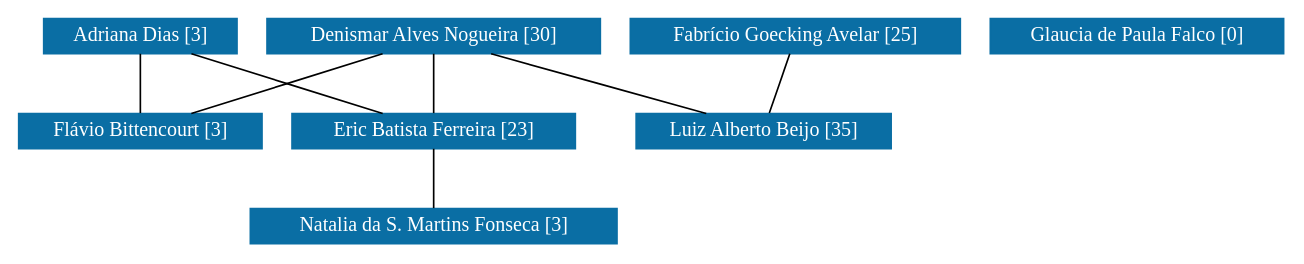
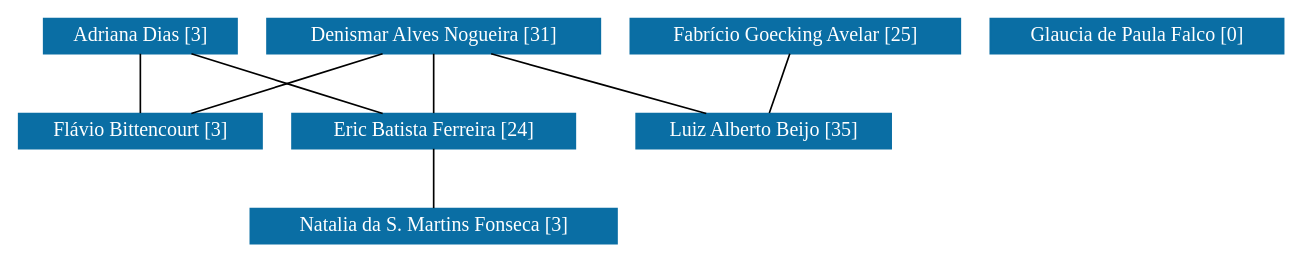
The diagram in de/grafoDeColaboracoesSemPesos.dot (icamps/unifal-lattes.github.io), drawn with Graphviz before and after one commit. The commit also changed 720 other files, not shown here.

```diff
--- a/de/grafoDeColaboracoesSemPesos.dot
+++ b/de/grafoDeColaboracoesSemPesos.dot
@@ -1,74 +1,74 @@
 strict graph grafo1 {
 	graph [bb="0,0,625.5,135",
 		id=grafo1,
 		overlap=False
 	];
 	node [fontsize=12,
 		label="\N",
 		shape=rectangle,
 		style=filled
 	];
 	0	 [URL="membro-9808310940421979.html",
 		color="#0A6EA4",
 		fontcolor="#FFFFFF",
 		height=0.29167,
 		label="Adriana Dias [3]",
 		pos="59.5,124.5",
 		width=1.3333];
 	2	 [URL="membro-9965398009651936.html",
 		color="#0A6EA4",
 		fontcolor="#FFFFFF",
 		height=0.29167,
-		label="Eric Batista Ferreira [23]",
+		label="Eric Batista Ferreira [24]",
 		pos="205.5,67.5",
 		width=1.8889];
 	0 -- 2	 [pos="86.619,113.91 112.84,103.67 152.35,88.25 178.53,78.031"];
 	4	 [URL="membro-6581499944728910.html",
 		color="#0A6EA4",
 		fontcolor="#FFFFFF",
 		height=0.29167,
 		label="Flávio Bittencourt [3]",
 		pos="59.5,67.5",
 		width=1.6528];
 	0 -- 4	 [pos="59.5,113.78 59.5,103.59 59.5,88.348 59.5,78.173"];
 	7	 [URL="membro-3374954104030940.html",
 		color="#0A6EA4",
 		fontcolor="#FFFFFF",
 		height=0.29167,
 		label="Natalia da S. Martins Fonseca [3]",
 		pos="205.5,10.5",
 		width=2.4444];
 	2 -- 7	 [pos="205.5,56.779 205.5,46.588 205.5,31.348 205.5,21.173"];
 	1	 [URL="membro-3858924778362309.html",
 		color="#0A6EA4",
 		fontcolor="#FFFFFF",
 		height=0.29167,
-		label="Denismar Alves Nogueira [30]",
+		label="Denismar Alves Nogueira [31]",
 		pos="206.5,124.5",
 		width=2.2361];
 	1 -- 2	 [pos="206.31,113.78 206.13,103.59 205.87,88.348 205.69,78.173"];
 	1 -- 4	 [pos="179.19,113.91 152.79,103.67 113.01,88.25 86.659,78.031"];
 	6	 [URL="membro-8194104388434526.html",
 		color="#0A6EA4",
 		fontcolor="#FFFFFF",
 		height=0.29167,
 		label="Luiz Alberto Beijo [35]",
 		pos="370.5,67.5",
 		width=1.7778];
 	1 -- 6	 [pos="236.96,113.91 266.42,103.67 310.8,88.25 340.2,78.031"];
 	3	 [URL="membro-6886514520601172.html",
 		color="#0A6EA4",
 		fontcolor="#FFFFFF",
 		height=0.29167,
 		label="Fabrício Goecking Avelar [25]",
 		pos="385.5,124.5",
 		width=2.2222];
 	3 -- 6	 [pos="382.68,113.78 380,103.59 375.99,88.348 373.31,78.173"];
 	5	 [URL="membro-4404511957654050.html",
 		color="#0A6EA4",
 		fontcolor="#FFFFFF",
 		height=0.29167,
 		label="Glaucia de Paula Falco [0]",
 		pos="554.5,124.5",
 		width=1.9722];
 }
```
